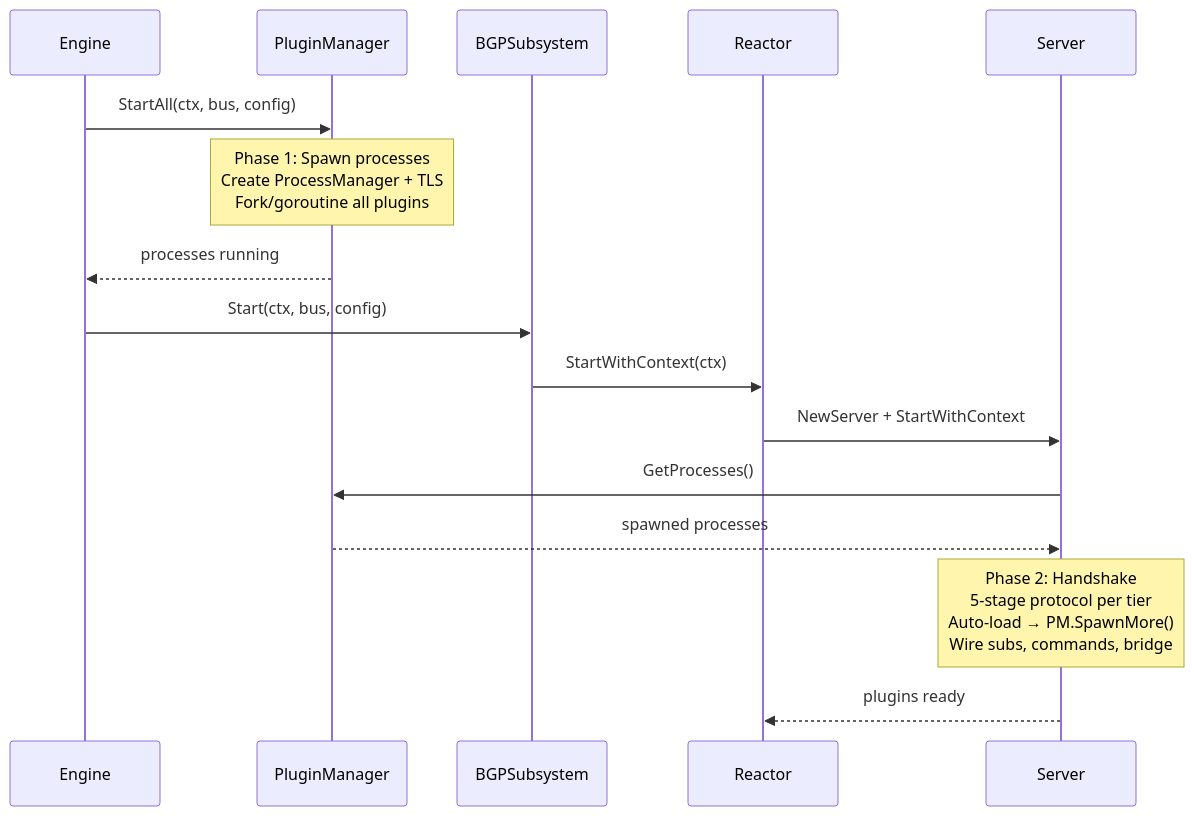
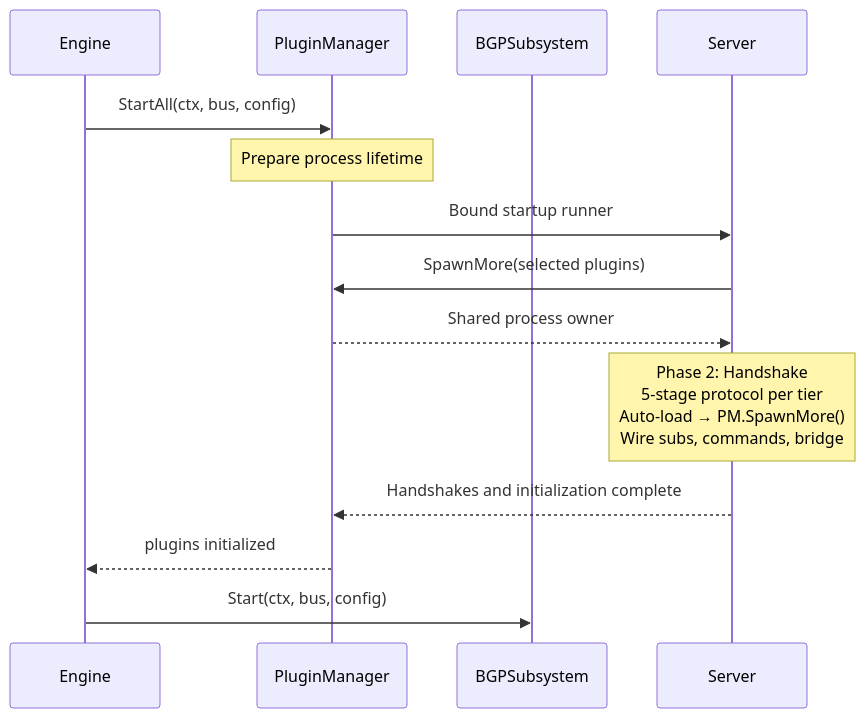
The first of 3 diagrams in docs/architecture/plugin-manager-wiring.md (ze-software/ze), drawn with Mermaid before and after one commit. The commit also changed other lines of this file and 84 other files, not shown here.

````diff
--- a/docs/architecture/plugin-manager-wiring.md
+++ b/docs/architecture/plugin-manager-wiring.md
@@ -16,20 +20,17 @@
 ```mermaid
 sequenceDiagram
     participant ENG as Engine
     participant PM as PluginManager
     participant SUB as BGPSubsystem
-    participant R as Reactor
     participant S as Server
 
     ENG->>PM: StartAll(ctx, bus, config)
-    Note over PM: Phase 1: Spawn processes<br/>Create ProcessManager + TLS<br/>Fork/goroutine all plugins
-    PM-->>ENG: processes running
-
+    Note over PM: Prepare process lifetime
+    PM->>S: Bound startup runner
+    S->>PM: SpawnMore(selected plugins)
+    PM-->>S: Shared process owner
+    Note over S: Phase 2: Handshake<br/>5-stage protocol per tier<br/>Auto-load → PM.SpawnMore()<br/>Wire subs, commands, bridge
+    S-->>PM: Handshakes and initialization complete
+    PM-->>ENG: plugins initialized
     ENG->>SUB: Start(ctx, bus, config)
-    SUB->>R: StartWithContext(ctx)
-    R->>S: NewServer + StartWithContext
-    S->>PM: GetProcesses()
-    PM-->>S: spawned processes
-    Note over S: Phase 2: Handshake<br/>5-stage protocol per tier<br/>Auto-load → PM.SpawnMore()<br/>Wire subs, commands, bridge
-    S-->>R: plugins ready
 ```
````
